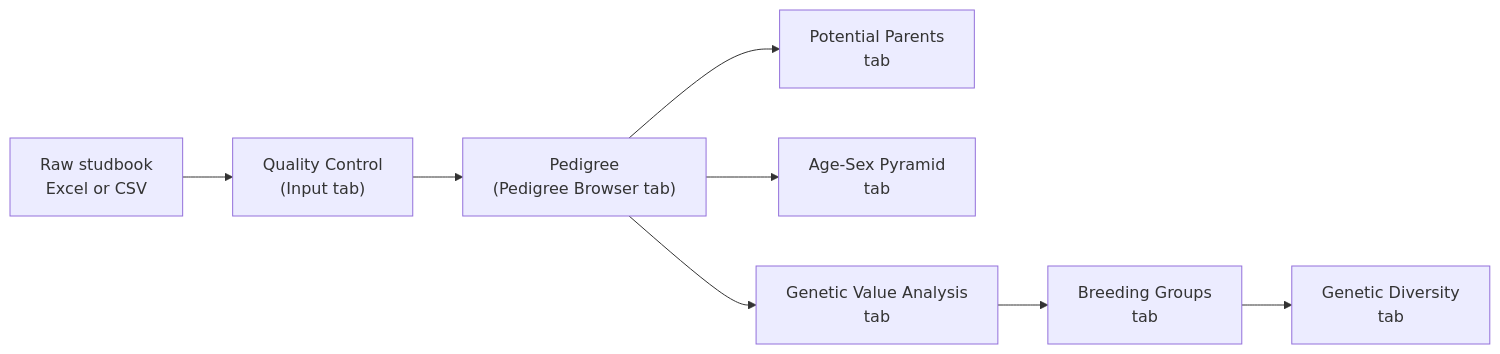
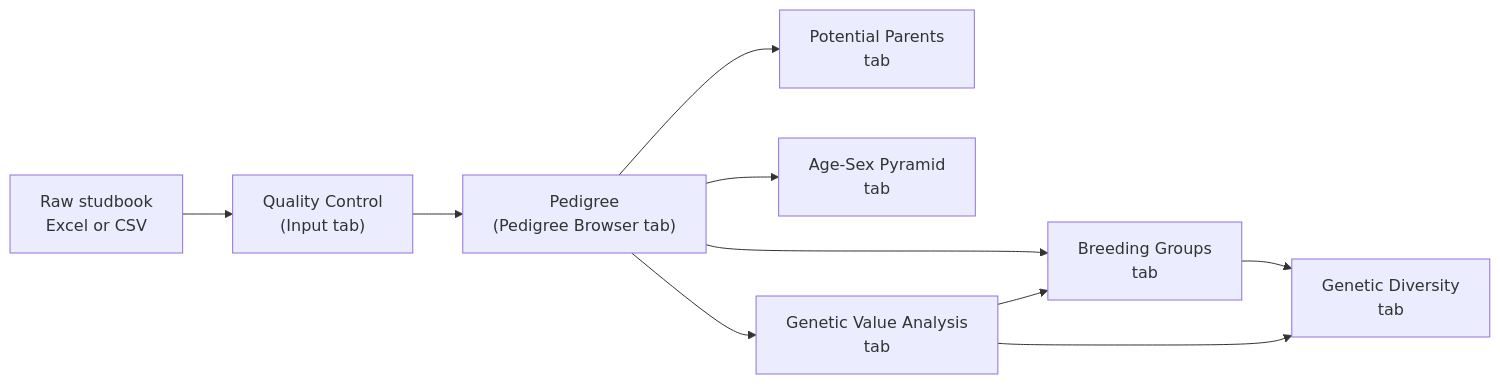
Before and after one commit to rmsharp/nprcgenekeepr: the diagram in vignettes/articles/colony-manager-guide.qmd, drawn with Mermaid. The commit also changed other lines of this file and 44 other files, not shown here.

````diff
--- a/vignettes/articles/colony-manager-guide.qmd
+++ b/vignettes/articles/colony-manager-guide.qmd
@@ -114,10 +115,12 @@
 ```{mermaid}
 flowchart LR
   A["Raw studbook<br/>Excel or CSV"] --> B["Quality Control<br/>(Input tab)"]
   B --> C["Pedigree<br/>(Pedigree Browser tab)"]
   C --> D["Potential Parents<br/>tab"]
   C --> E["Age-Sex Pyramid<br/>tab"]
   C --> F["Genetic Value Analysis<br/>tab"]
-  F --> G["Breeding Groups<br/>tab"]
+  C --> G["Breeding Groups<br/>tab"]
+  F --> G
   G --> H["Genetic Diversity<br/>tab"]
+  F --> H
 ```
````
